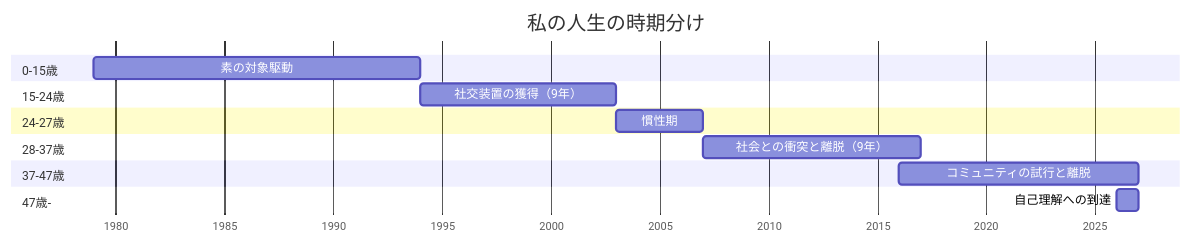
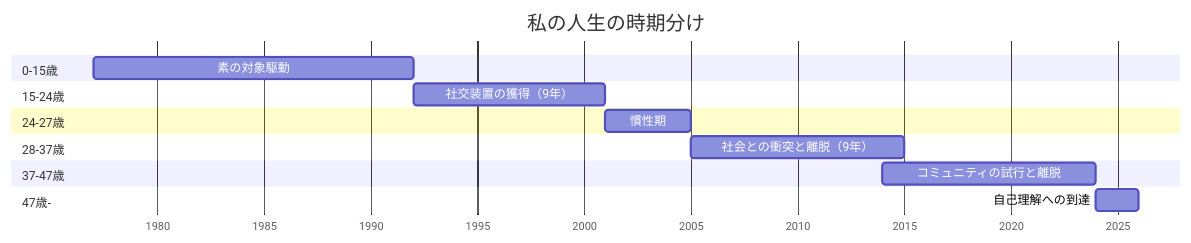
The diagram in docs/04_ライフヒストリー/index.md (annachloe2025/SelfAnalysis), drawn with Mermaid before and after one commit. The commit also changed 14 other files, not shown here.

````diff
--- a/docs/04_ライフヒストリー/index.md
+++ b/docs/04_ライフヒストリー/index.md
@@ -13,19 +13,19 @@
 ```mermaid
 gantt
     title 私の人生の時期分け
     dateFormat YYYY
     axisFormat %Y
 
     section 0-15歳
-    素の対象駆動           :a1, 1979, 15y
+    素の対象駆動           :a1, 1977, 15y
     section 15-24歳
-    社交装置の獲得（9年）   :a2, 1994, 9y
+    社交装置の獲得（9年）   :a2, 1992, 9y
     section 24-27歳
-    慣性期                 :a3, 2003, 4y
+    慣性期                 :a3, 2001, 4y
     section 28-37歳
-    社会との衝突と離脱（9年） :a4, 2007, 10y
+    社会との衝突と離脱（9年） :a4, 2005, 10y
     section 37-47歳
-    コミュニティの試行と離脱 :a5, 2016, 11y
+    コミュニティの試行と離脱 :a5, 2014, 10y
     section 47歳-
-    自己理解への到達       :a6, 2026, 1y
+    自己理解への到達       :a6, 2024, 2y
 ```
````
